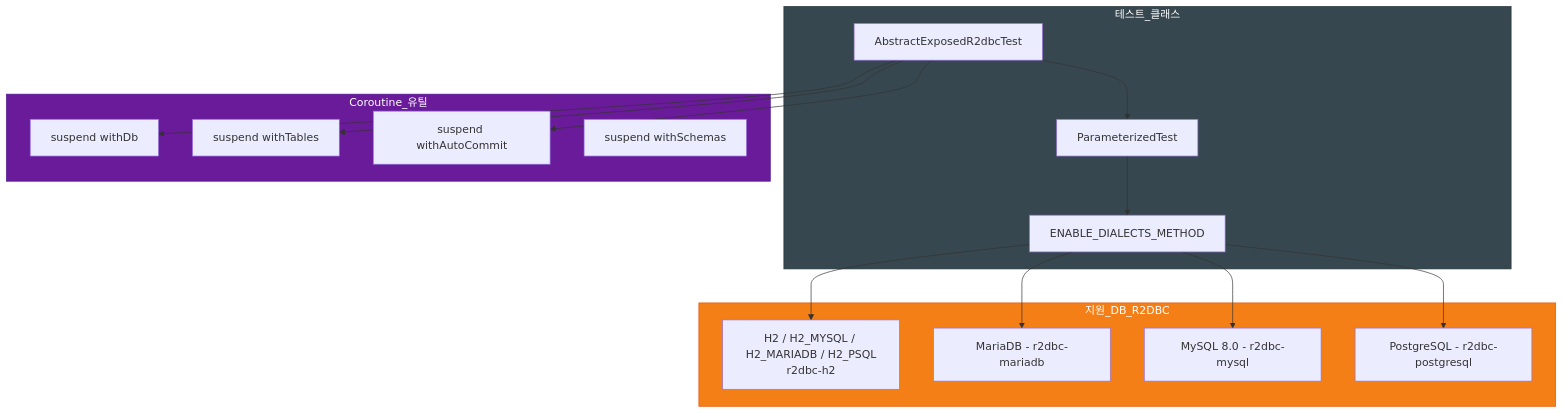
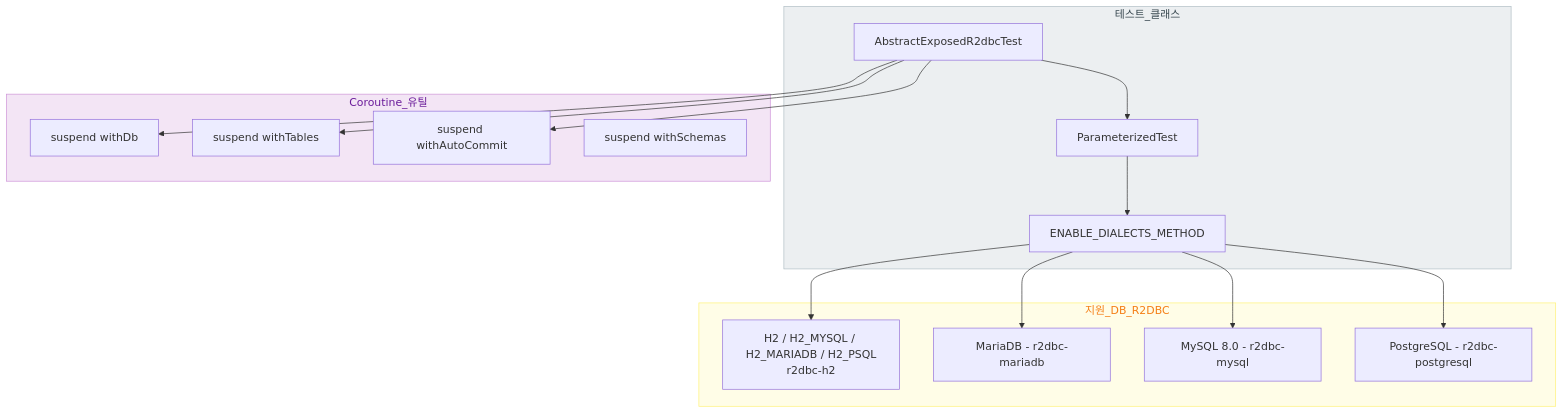
One commit to bluetape4k/bluetape4k-projects changed the first of 2 diagrams in data/exposed-r2dbc-tests/README.ko.md. Above: the diagram before and after it, drawn with Mermaid. The commit also changed other lines of this file and 219 other files, not shown here.

First line of the commit message:
docs: 전체 README Mermaid 다이어그램 가이드 적용

````diff
--- a/data/exposed-r2dbc-tests/README.ko.md
+++ b/data/exposed-r2dbc-tests/README.ko.md
@@ -278,38 +278,38 @@
 ```mermaid
 flowchart TD
     subgraph 테스트_클래스
         A[AbstractExposedR2dbcTest] --> B[ParameterizedTest]
         B --> C[ENABLE_DIALECTS_METHOD]
     end
 
     subgraph 지원_DB_R2DBC
         D[H2 / H2_MYSQL / H2_MARIADB / H2_PSQL<br/>r2dbc-h2]
         E[MariaDB - r2dbc-mariadb]
         F[MySQL 8.0 - r2dbc-mysql]
         G[PostgreSQL - r2dbc-postgresql]
     end
 
     subgraph Coroutine_유틸
         H[suspend withDb]
         I[suspend withTables]
         J[suspend withAutoCommit]
         K[suspend withSchemas]
     end
 
     C --> D
     C --> E
     C --> F
     C --> G
 
     A --> H
     A --> I
     A --> J
 
-    classDef testStyle fill:#37474F,stroke:#263238,color:#FFFFFF
-    classDef dbStyle fill:#F57F17,stroke:#E65100,color:#FFFFFF
-    classDef coroutineStyle fill:#6A1B9A,stroke:#4A148C,color:#FFFFFF
+    classDef testStyle fill:#ECEFF1,stroke:#B0BEC5,color:#37474F
+    classDef dbStyle fill:#FFFDE7,stroke:#FFF176,color:#F57F17
+    classDef coroutineStyle fill:#F3E5F5,stroke:#CE93D8,color:#6A1B9A
 
     class 테스트_클래스 testStyle
     class 지원_DB_R2DBC dbStyle
     class Coroutine_유틸 coroutineStyle
 ```
````
